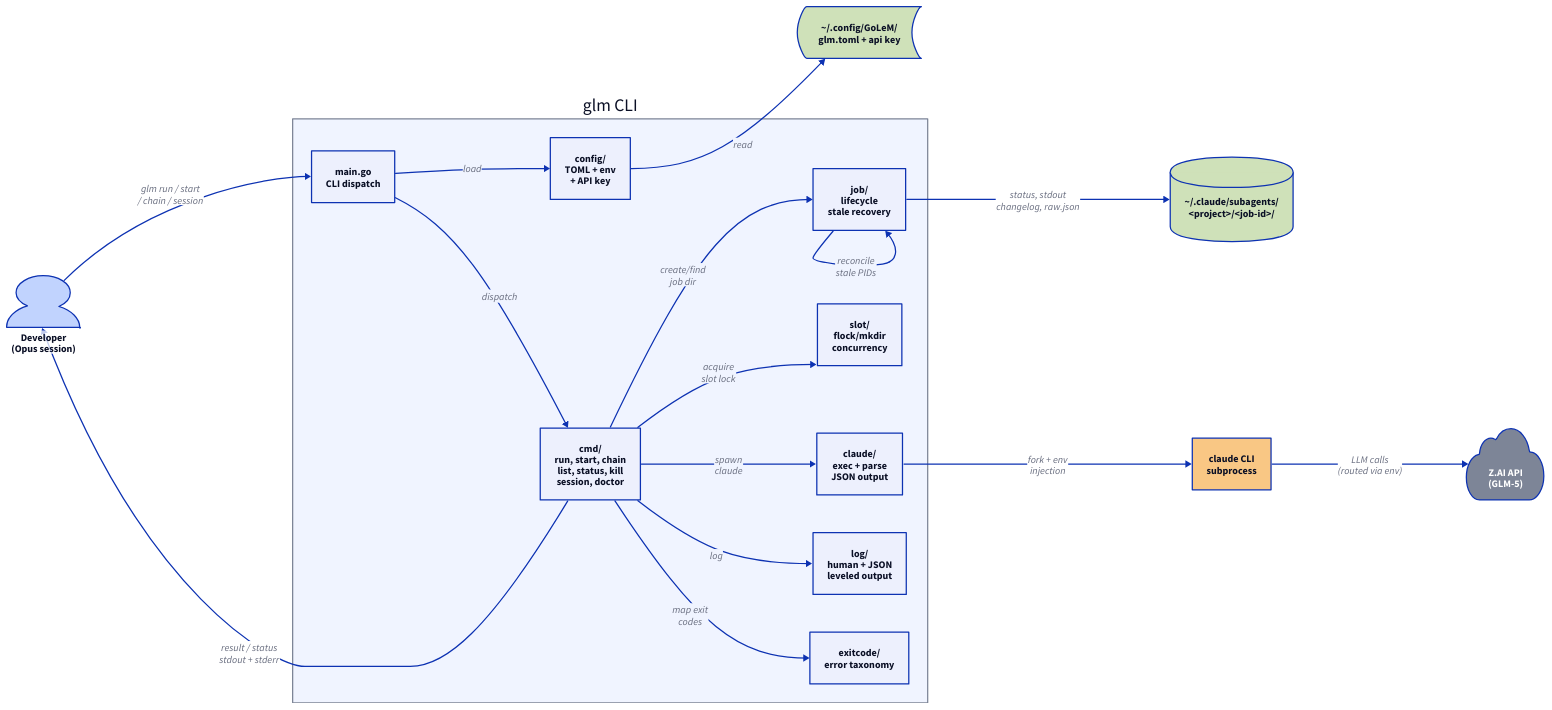
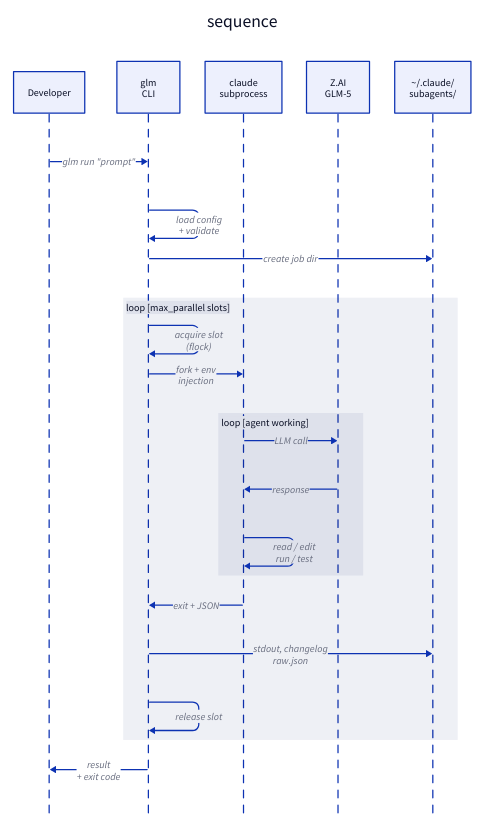
Before and after one commit to veschin/GoLeM: the diagram in docs/architecture.d2, drawn with D2. The commit also changed 1 other file, not shown here.

Commit message:
[IMPL] update: architecture diagram — sequence with process loops

```diff
--- a/docs/architecture.d2
+++ b/docs/architecture.d2
@@ -1,56 +1,35 @@
-direction: right
+sequence: {
+  shape: sequence_diagram
 
-dev_user: "Developer\n(Opus session)" {
-  shape: person
-  style.fill: "#c1d3fe"
+  dev_user: Developer
+  ops_glm: "glm\nCLI"
+  j_claude: "claude\nsubprocess"
+  ex_zai: "Z.AI\nGLM-5"
+  db_state: "~/.claude/\nsubagents/"
+
+  dev_user -> ops_glm: "glm run \"prompt\""
+
+  ops_glm -> ops_glm: "load config\n+ validate"
+  ops_glm -> db_state: "create job dir"
+
+  agents: {
+    label: "loop [max_parallel slots]"
+
+    ops_glm -> ops_glm: "acquire slot\n(flock)"
+    ops_glm -> j_claude: "fork + env\ninjection"
+
+    work: {
+      label: "loop [agent working]"
+
+      j_claude -> ex_zai: LLM call
+      ex_zai -> j_claude: response
+      j_claude -> j_claude: "read / edit\nrun / test"
+    }
+
+    j_claude -> ops_glm: "exit + JSON"
+    ops_glm -> db_state: "stdout, changelog\nraw.json"
+    ops_glm -> ops_glm: "release slot"
+  }
+
+  ops_glm -> dev_user: "result\n+ exit code"
 }
-
-g_glm: "glm CLI" {
-  style.fill: "#f0f4ff"
-  style.stroke: "#7d8597"
-
-  main: "main.go\nCLI dispatch"
-  config: "config/\nTOML + env\n+ API key"
-  cmds: "cmd/\nrun, start, chain\nlist, status, kill\nsession, doctor"
-  jobs: "job/\nlifecycle\nstale recovery"
-  slots: "slot/\nflock/mkdir\nconcurrency"
-  exec: "claude/\nexec + parse\nJSON output"
-  logs: "log/\nhuman + JSON\nleveled output"
-  codes: "exitcode/\nerror taxonomy"
-
-  main -> config: load
-  main -> cmds: dispatch
-  cmds -> jobs: "create/find\njob dir"
-  cmds -> slots: "acquire\nslot lock"
-  cmds -> exec: "spawn\nclaude"
-  cmds -> logs: log
-  cmds -> codes: "map exit\ncodes"
-  jobs -> jobs: "reconcile\nstale PIDs"
-}
-
-ex_zai: "Z.AI API\n(GLM-5)" {
-  shape: cloud
-  style.fill: "#7d8597"
-  style.font-color: "#ffffff"
-}
-
-ex_claude: "claude CLI\nsubprocess" {
-  style.fill: "#f9c784"
-}
-
-db_jobs: "~/.claude/subagents/\n<project>/<job-id>/" {
-  shape: cylinder
-  style.fill: "#cfe1b9"
-}
-
-db_config: "~/.config/GoLeM/\nglm.toml + api key" {
-  shape: stored_data
-  style.fill: "#cfe1b9"
-}
-
-dev_user -> g_glm.main: "glm run / start\n/ chain / session"
-g_glm.config -> db_config: read
-g_glm.exec -> ex_claude: "fork + env\ninjection"
-ex_claude -> ex_zai: "LLM calls\n(routed via env)"
-g_glm.jobs -> db_jobs: "status, stdout\nchangelog, raw.json"
-g_glm.cmds -> dev_user: "result / status\nstdout + stderr"
```
